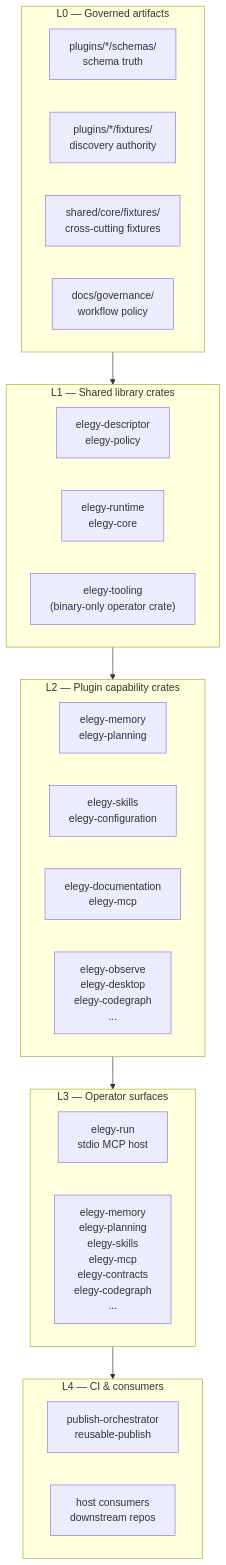
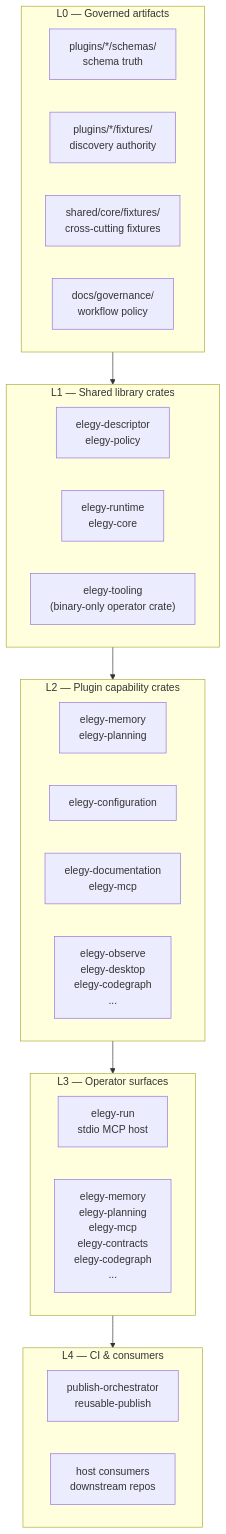
One commit to Sofreshx/Elegy changed the third of 3 diagrams in docs/architecture/ecosystem-topology.md. Above: the diagram before and after it, drawn with Mermaid. The commit also changed other lines of this file and 65 other files, not shown here.

````diff
--- a/docs/architecture/ecosystem-topology.md
+++ b/docs/architecture/ecosystem-topology.md
@@ -226,37 +224,37 @@
 ```mermaid
 flowchart TB
     subgraph L0["L0 — Governed artifacts"]
         schemas["plugins/*/schemas/\nschema truth"]
         fixtures_l0["plugins/*/fixtures/\ndiscovery authority"]
         crosscuts_l0["shared/core/fixtures/\ncross-cutting fixtures"]
         policy["docs/governance/\nworkflow policy"]
     end
 
     subgraph L1["L1 — Shared library crates"]
         contracts["elegy-descriptor\nelegy-policy"]
         runtime["elegy-runtime\nelegy-core"]
         tooling["elegy-tooling\n(binary-only operator crate)"]
     end
 
     subgraph L2["L2 — Plugin capability crates"]
         memory["elegy-memory\nelegy-planning"]
-        skills["elegy-skills\nelegy-configuration"]
+        config_tools["elegy-configuration"]
         docs_feat["elegy-documentation\nelegy-mcp"]
         other["elegy-observe\nelegy-desktop\nelegy-codegraph\n..."]
     end
 
     subgraph L3["L3 — Operator surfaces"]
         run["elegy-run\nstdio MCP host"]
-        dedicated["elegy-memory\nelegy-planning\nelegy-skills\nelegy-mcp\nelegy-contracts\nelegy-codegraph\n..."]
+        dedicated["elegy-memory\nelegy-planning\nelegy-mcp\nelegy-contracts\nelegy-codegraph\n..."]
     end
 
     subgraph L4["L4 — CI & consumers"]
         ci["publish-orchestrator\nreusable-publish"]
         consumers["host consumers\ndownstream repos"]
     end
 
     L0 --> L1
     L1 --> L2
     L2 --> L3
     L3 --> L4
 ```
````
